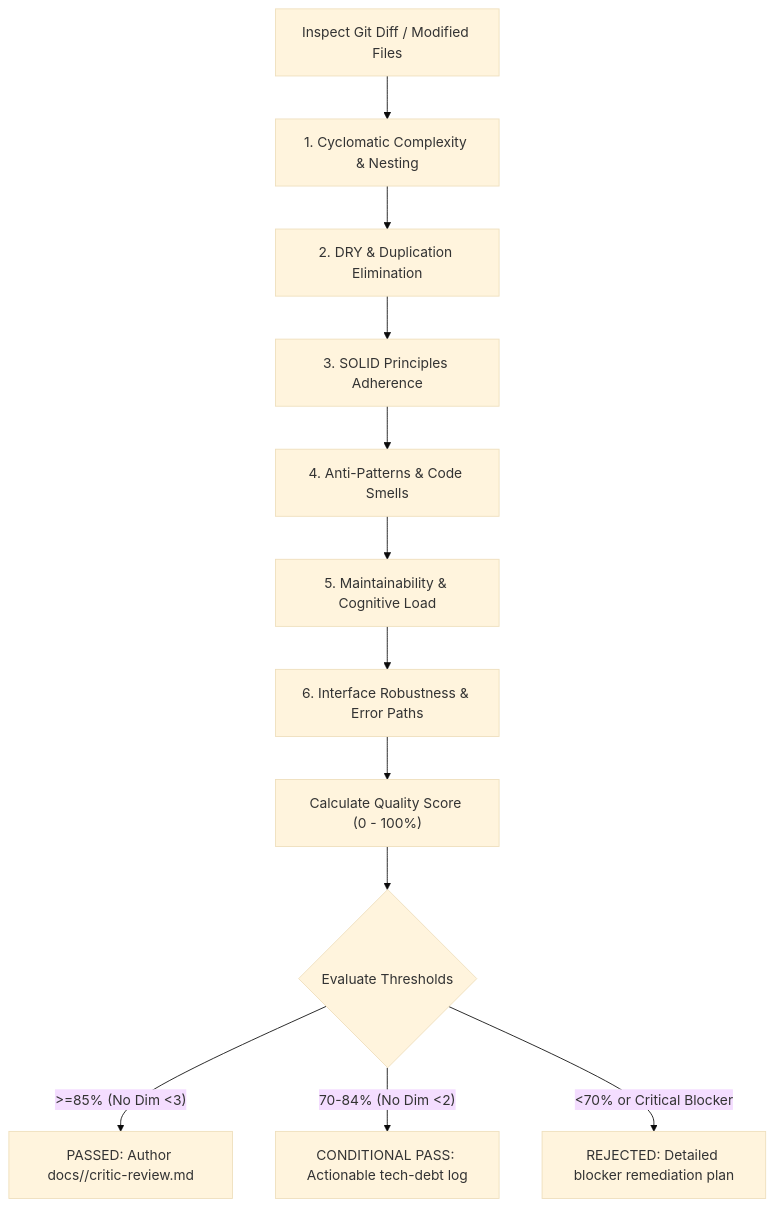
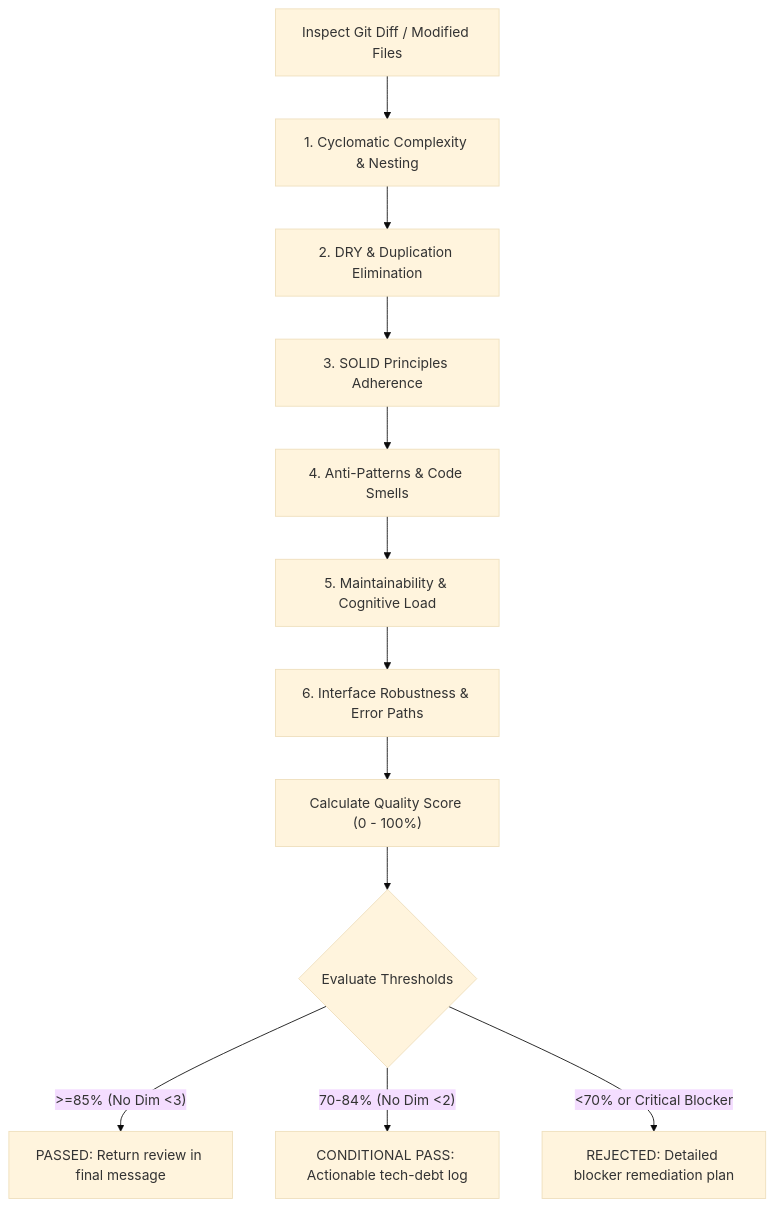
Before and after one commit to jggomez/expert-ai-developer-skills: the diagram in plugins/antigravity/senior-dev/skills/code-critic/SKILL.md, drawn with Mermaid (base theme). The commit also changed other lines of this file and 259 other files, not shown here.

````diff
--- a/plugins/antigravity/senior-dev/skills/code-critic/SKILL.md
+++ b/plugins/antigravity/senior-dev/skills/code-critic/SKILL.md
@@ -37,14 +39,14 @@
 ```mermaid
 flowchart TD
     START["Inspect Git Diff / Modified Files"] --> D1["1. Cyclomatic Complexity & Nesting"]
     D1 --> D2["2. DRY & Duplication Elimination"]
     D2 --> D3["3. SOLID Principles Adherence"]
     D3 --> D4["4. Anti-Patterns & Code Smells"]
     D4 --> D5["5. Maintainability & Cognitive Load"]
     D5 --> D6["6. Interface Robustness & Error Paths"]
     D6 --> RUBRIC["Calculate Quality Score (0 - 100%)"]
     RUBRIC --> VERDICT{"Evaluate Thresholds"}
-    VERDICT -->|">=85% (No Dim <3)"| PASS["PASSED: Author docs/<feature-name>/critic-review.md"]
+    VERDICT -->|">=85% (No Dim <3)"| PASS["PASSED: Return review in final message"]
     VERDICT -->|"70-84% (No Dim <2)"| COND["CONDITIONAL PASS: Actionable tech-debt log"]
     VERDICT -->|"<70% or Critical Blocker"| REJECT["REJECTED: Detailed blocker remediation plan"]
 ```
````
